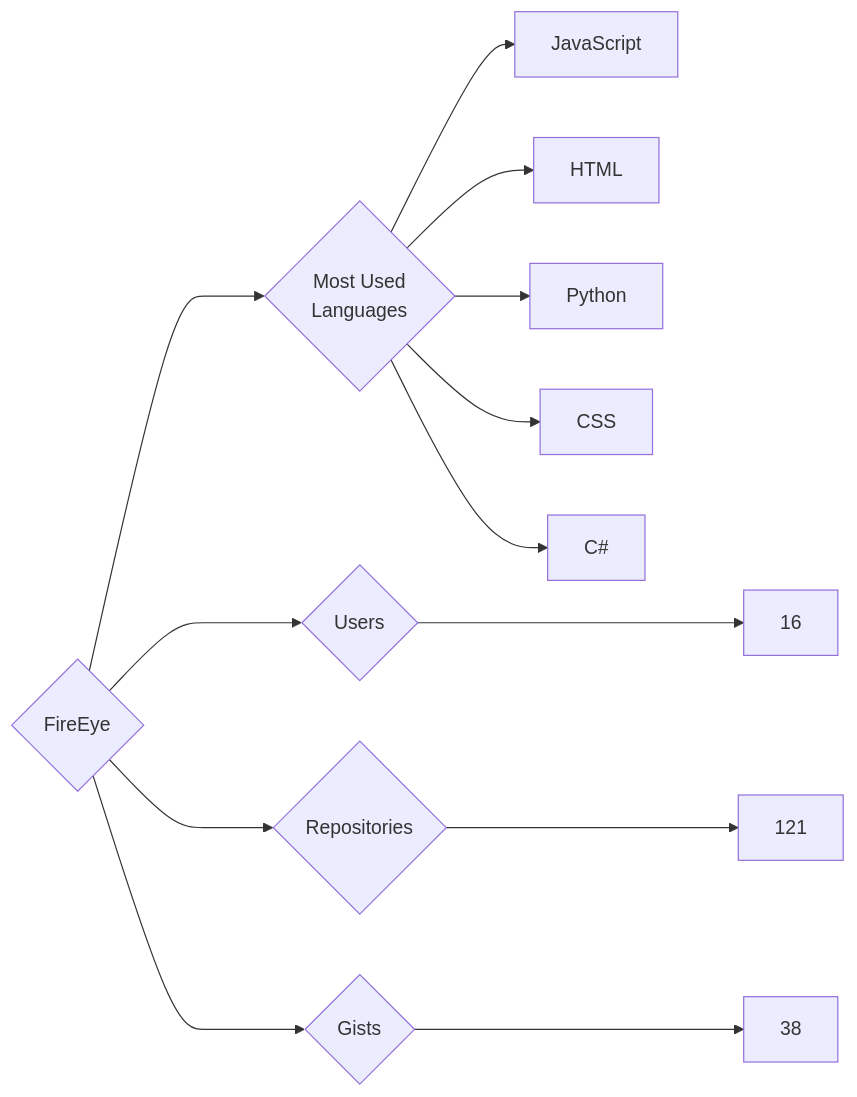
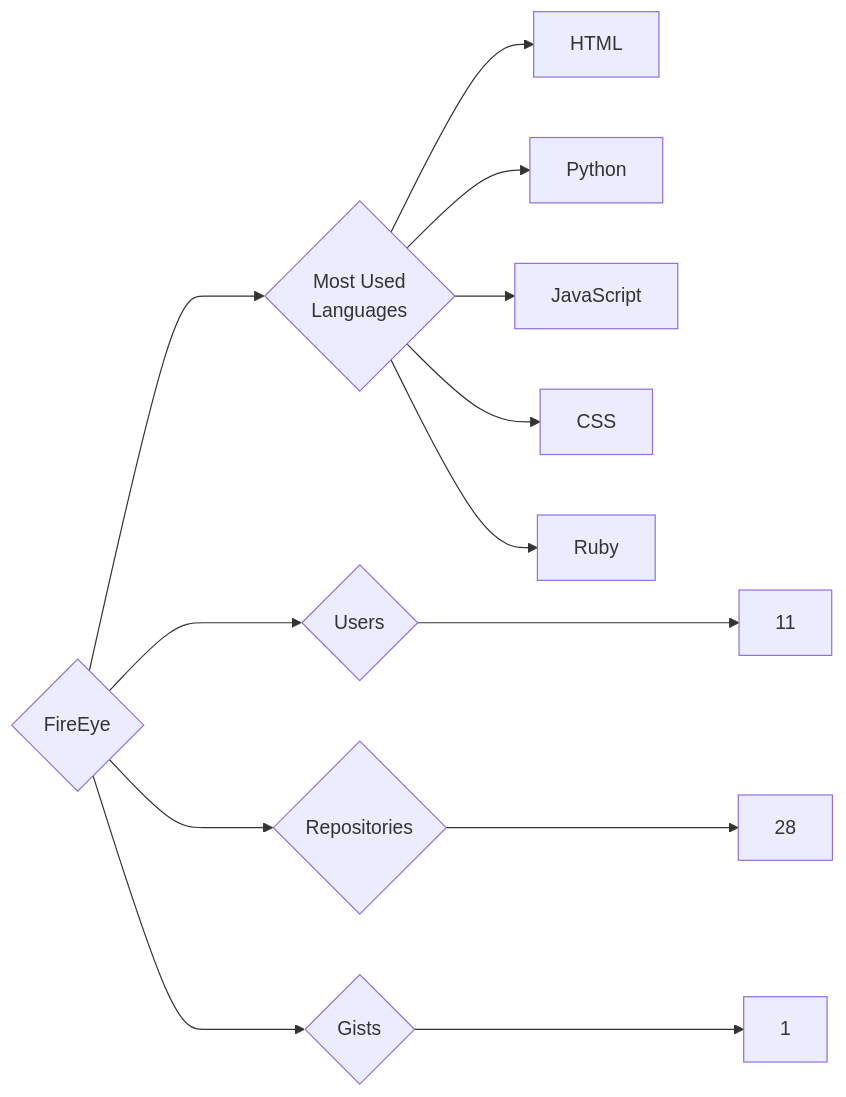
Before and after one commit to trickest/insiders: the diagram in targets/FireEye/README.md, drawn with Mermaid. The commit also changed 935 other files, not shown here.

````diff
--- a/targets/FireEye/README.md
+++ b/targets/FireEye/README.md
@@ -3,13 +3,13 @@
 ```mermaid
 graph LR
 COMPANY_NAME{FireEye}
-COMPANY_NAME ---> U{Users} ---> UN[16]
-COMPANY_NAME ---> R{Repositories} ---> RN[121]
-COMPANY_NAME ---> G{Gists} ---> GN[38]
+COMPANY_NAME ---> U{Users} ---> UN[11]
+COMPANY_NAME ---> R{Repositories} ---> RN[28]
+COMPANY_NAME ---> G{Gists} ---> GN[1]
 COMPANY_NAME ---> ML{Most Used<br>Languages}
-ML --> JavaScript[JavaScript]
 ML --> HTML[HTML]
 ML --> Python[Python]
+ML --> JavaScript[JavaScript]
 ML --> CSS[CSS]
-ML --> C#[C#]
+ML --> Ruby[Ruby]
 ```
````
